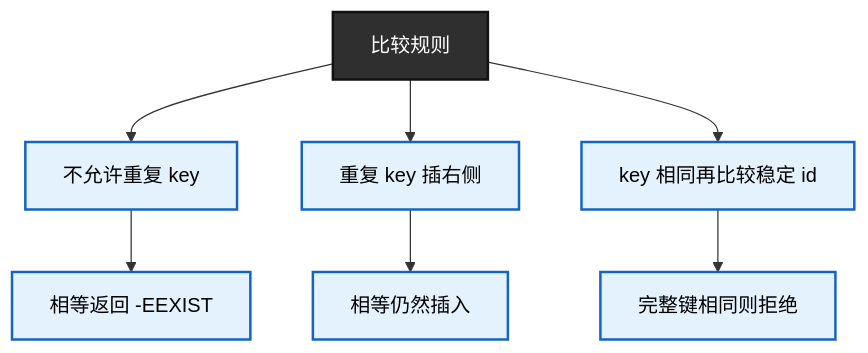
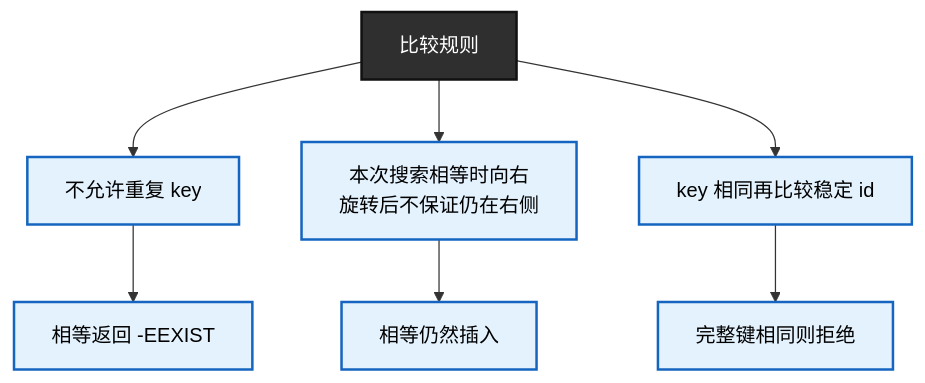
Diagram 14 of 25 in knowledge/linux/data_structures/红黑树_rb-tree/P09_Linux_6.12_内核_rbtree_嵌入式节点与使用者接口.md (FormingSystem/linux_note), drawn with Mermaid before and after one commit. The commit also changed other lines of this file and 6 other files, not shown here.

````diff
--- a/knowledge/linux/data_structures/红黑树_rb-tree/P09_Linux_6.12_内核_rbtree_嵌入式节点与使用者接口.md
+++ b/knowledge/linux/data_structures/红黑树_rb-tree/P09_Linux_6.12_内核_rbtree_嵌入式节点与使用者接口.md
@@ -964,25 +967,25 @@
 ```mermaid
 graph TD
 	cmp_rule["比较规则"]
 	no_dup["不允许重复 key"]
-	dup_right["重复 key 插右侧"]
+	dup_right["本次搜索相等时向右<br/>旋转后不保证仍在右侧"]
 	key_addr["key 相同再比较稳定 id"]
 
 	no_dup_text["相等返回 -EEXIST"]
 	dup_right_text["相等仍然插入"]
 	key_addr_text["完整键相同则拒绝"]
 
 	cmp_rule --> no_dup
 	cmp_rule --> dup_right
 	cmp_rule --> key_addr
 
 	no_dup --> no_dup_text
 	dup_right --> dup_right_text
 	key_addr --> key_addr_text
 
 	classDef root fill:#2f2f2f,stroke:#111,color:#fff,stroke-width:2px;
 	classDef item fill:#e3f2fd,stroke:#1565c0,color:#000,stroke-width:2px;
 
 	class cmp_rule root;
 	class no_dup,dup_right,key_addr,no_dup_text,dup_right_text,key_addr_text item;
 ```
````
